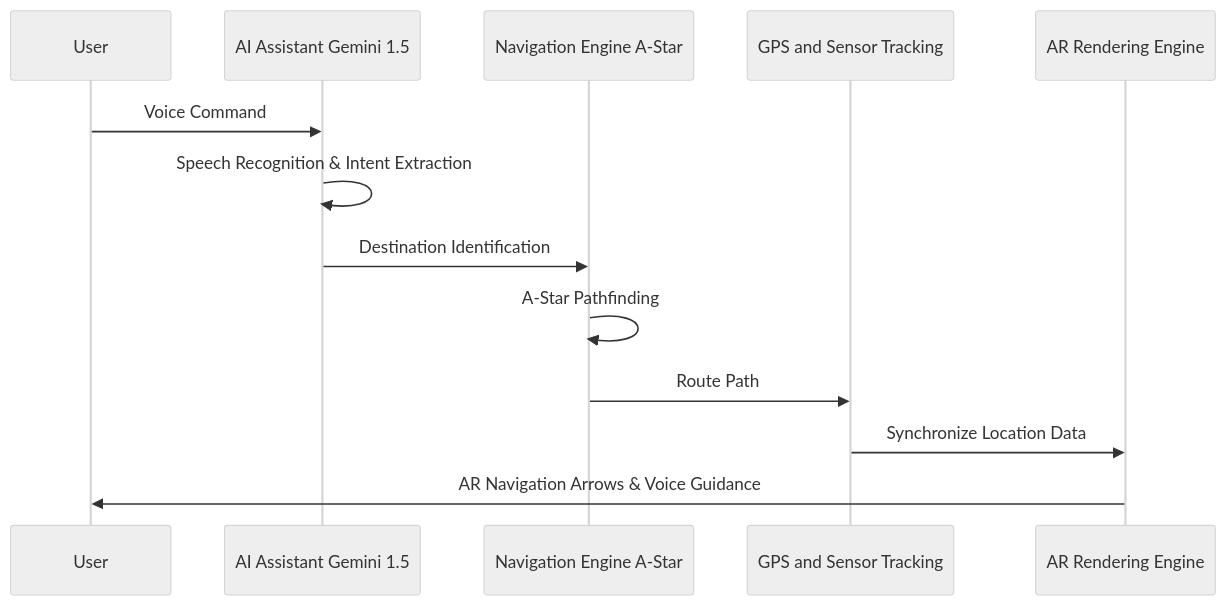
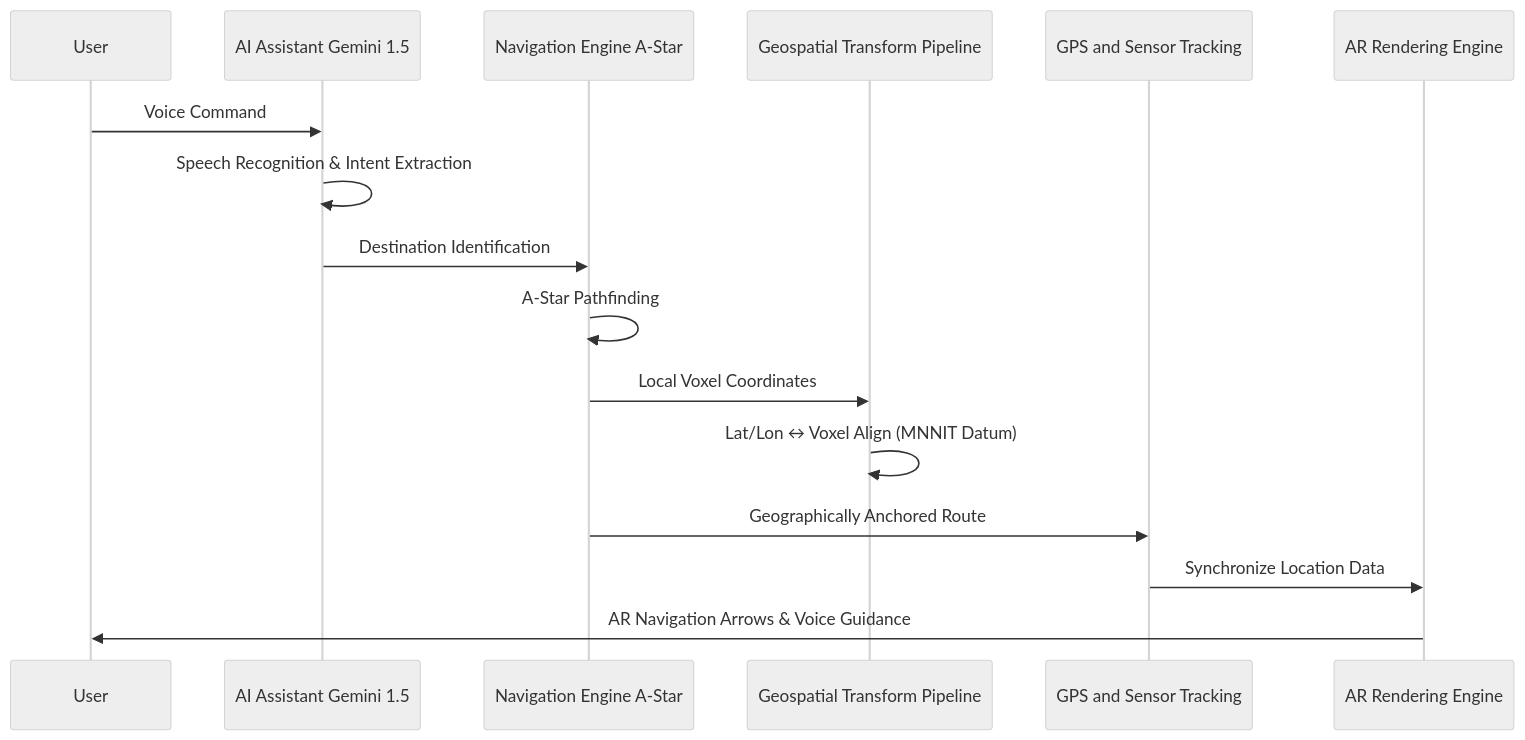
Before and after one commit to shivansh-kaushik/GAMEMNNIT: the second of 4 diagrams in README.md, drawn with Mermaid (neutral theme). The commit also changed other lines of this file and 3 other files, not shown here.

Commit message:
feat: implement geospatially anchored voxel engine and refine UI/docs

````diff
--- a/README.md
+++ b/README.md
@@ -133,16 +133,19 @@
 ```mermaid
 sequenceDiagram
     participant User
     participant AI as AI Assistant Gemini 1.5
     participant Nav as Navigation Engine A-Star
+    participant Trans as Geospatial Transform Pipeline
     participant Sens as GPS and Sensor Tracking
     participant AR as AR Rendering Engine
 
     User->>AI: Voice Command
     AI->>AI: Speech Recognition & Intent Extraction
     AI->>Nav: Destination Identification
     Nav->>Nav: A-Star Pathfinding
-    Nav->>Sens: Route Path
+    Nav->>Trans: Local Voxel Coordinates
+    Trans->>Trans: Lat/Lon ↔ Voxel Align (MNNIT Datum)
+    Nav->>Sens: Geographically Anchored Route
     Sens->>AR: Synchronize Location Data
     AR->>User: AR Navigation Arrows & Voice Guidance
 ```
````
